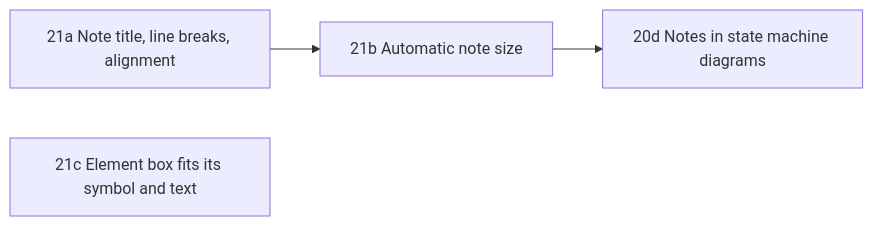
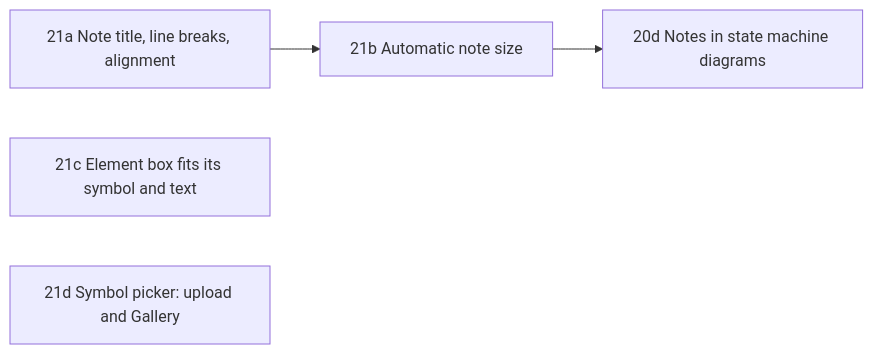
The sixth of 6 diagrams in docs/plans/module-18-system-architecture-plan.md (ballardr/reqtrackmanager), drawn with Mermaid before and after one commit. The commit also changed other lines of this file and 49 other files, not shown here.

````diff
--- a/docs/plans/module-18-system-architecture-plan.md
+++ b/docs/plans/module-18-system-architecture-plan.md
@@ -1259,6 +1262,7 @@
 ```mermaid
 flowchart LR
     P21a["21a Note title, line breaks, alignment"] --> P21b["21b Automatic note size"]
     P21b --> P20d["20d Notes in state machine diagrams"]
     P21c["21c Element box fits its symbol and text"]
+    P21d["21d Symbol picker: upload and Gallery"]
 ```
````
